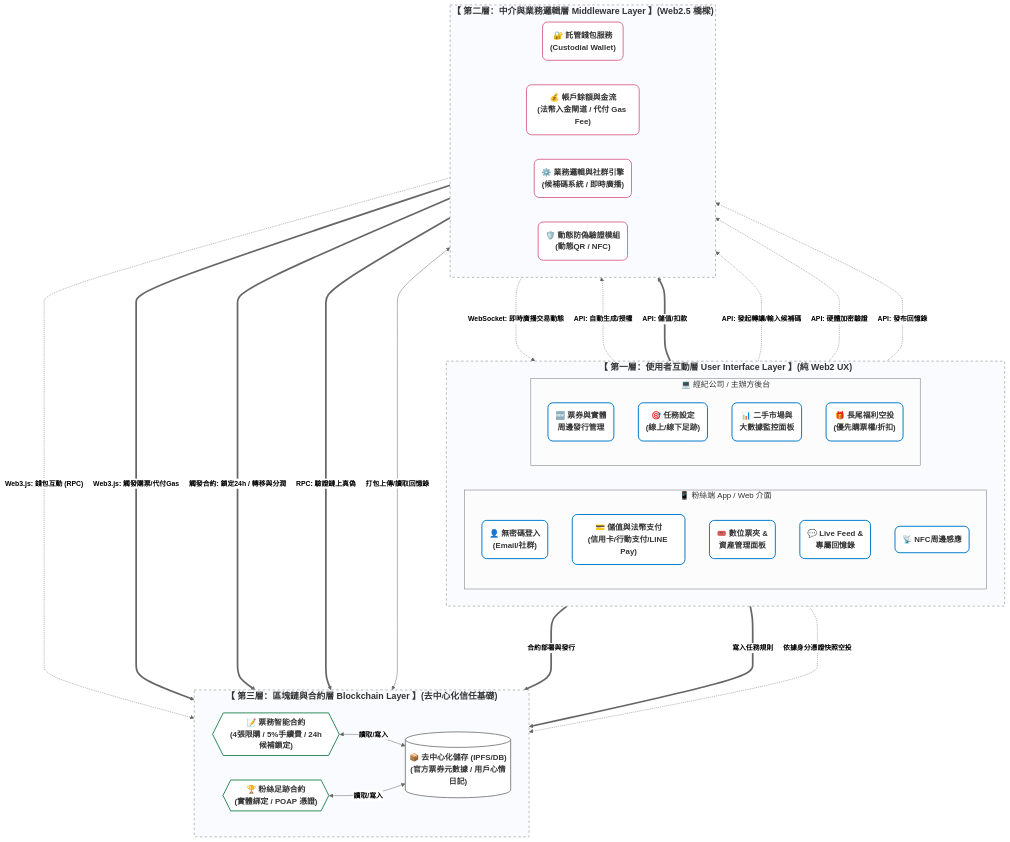
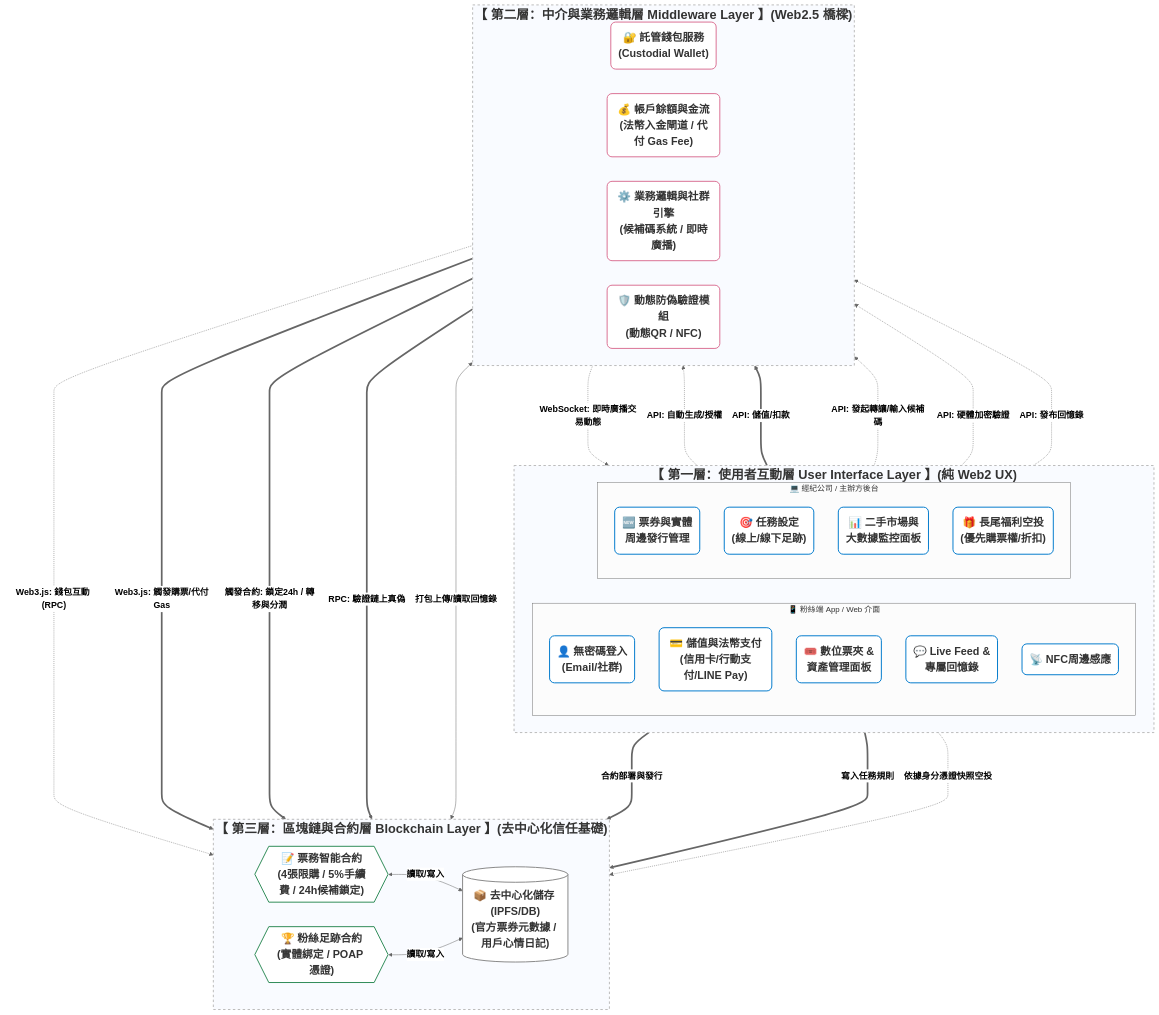
One commit to zhuang147/Blockchain-fan-economy-document changed the diagram in New system architecture diagram.md. Above: the diagram before and after it, drawn with Mermaid (neutral theme).

Commit message:
Update New system architecture diagram.md

````diff
--- a/New system architecture diagram.md
+++ b/New system architecture diagram.md
@@ -1,14 +1,16 @@
 ```mermaid
-flowchart TB
-    %% 全域設定：調整連線上的文字大小與粗細
-    linkStyle default font-size:14px, font-weight:bold;
+ flowchart TB
+    %% 全域設定：將連線上的文字大幅放大並加粗
+    linkStyle default font-size:18px, font-weight:bold;
 
-    %% 定義顏色與樣式 (加入字體放大、粗體與圓角設定)
-    classDef uiNode fill:#ffffff,stroke:#007acc,stroke-width:2px,color:#333333,rx:10,ry:10,font-size:16px,font-weight:bold
-    classDef midNode fill:#ffffff,stroke:#db7093,stroke-width:2px,color:#333333,rx:10,ry:10,font-size:16px,font-weight:bold
-    classDef blockNode fill:#ffffff,stroke:#2e8b57,stroke-width:2px,color:#333333,rx:10,ry:10,font-size:16px,font-weight:bold
-    classDef storageNode fill:#ffffff,stroke:#888888,stroke-width:2px,color:#333333,rx:10,ry:10,font-size:16px,font-weight:bold
-    classDef layerStyle fill:#f9fbff,stroke:#bbbbbb,stroke-width:2px,stroke-dasharray: 5 5,font-size:18px,font-weight:bold
+    %% 定義顏色與樣式 (字體全面放大至 22px)
+    classDef uiNode fill:#ffffff,stroke:#007acc,stroke-width:2px,color:#333333,rx:10,ry:10,font-size:22px,font-weight:bold
+    classDef midNode fill:#ffffff,stroke:#db7093,stroke-width:2px,color:#333333,rx:10,ry:10,font-size:22px,font-weight:bold
+    classDef blockNode fill:#ffffff,stroke:#2e8b57,stroke-width:2px,color:#333333,rx:10,ry:10,font-size:22px,font-weight:bold
+    classDef storageNode fill:#ffffff,stroke:#888888,stroke-width:2px,color:#333333,rx:10,ry:10,font-size:22px,font-weight:bold
+    
+    %% 外層標題樣式 (字體放大至 26px)
+    classDef layerStyle fill:#f9fbff,stroke:#bbbbbb,stroke-width:2px,stroke-dasharray: 5 5,font-size:26px,font-weight:bold
 
     %% 第一層：使用者互動層
     subgraph Layer1 ["【 第一層：使用者互動層 User Interface Layer 】(純 Web2 UX)"]
@@ -49,7 +51,7 @@
         IPFS[("📦 去中心化儲存 (IPFS/DB)\n(官方票券元數據 / 用戶心情日記)")]:::storageNode
     end
 
-    %% 替外層的 Subgraph 套用樣式，增加區隔感
+    %% 替外層的 Subgraph 套用標題放大樣式
     class Layer1,Layer2,Layer3 layerStyle;
 
     %% ---------------- 互動關係線 ----------------
@@ -60,7 +62,7 @@
     F3 -.->|"API: 發起轉讓/輸入候補碼"| M3
     F4 -.->|"API: 硬體加密驗證"| M4
     
-    %% Live Feed 的雙向資料流 (由後端 M3 統一代為上傳 IPFS)
+    %% Live Feed 的雙向資料流
     M3 -.->|"WebSocket: 即時廣播交易動態"| F5
     F5 -.->|"API: 發布回憶錄"| M3
 
@@ -75,7 +77,7 @@
     A2 ====>|"寫入任務規則"| SC2
     A4 -.->|"依據身分憑證快照空投"| SC2
 
-    %% 儲存層連線 (嚴謹語法：無多餘空格)
+    %% 儲存層連線
     SC1 <-->|"讀取/寫入"| IPFS
     SC2 <-->|"讀取/寫入"| IPFS
     M3 <-->|"打包上傳/讀取回憶錄"| IPFS
````
